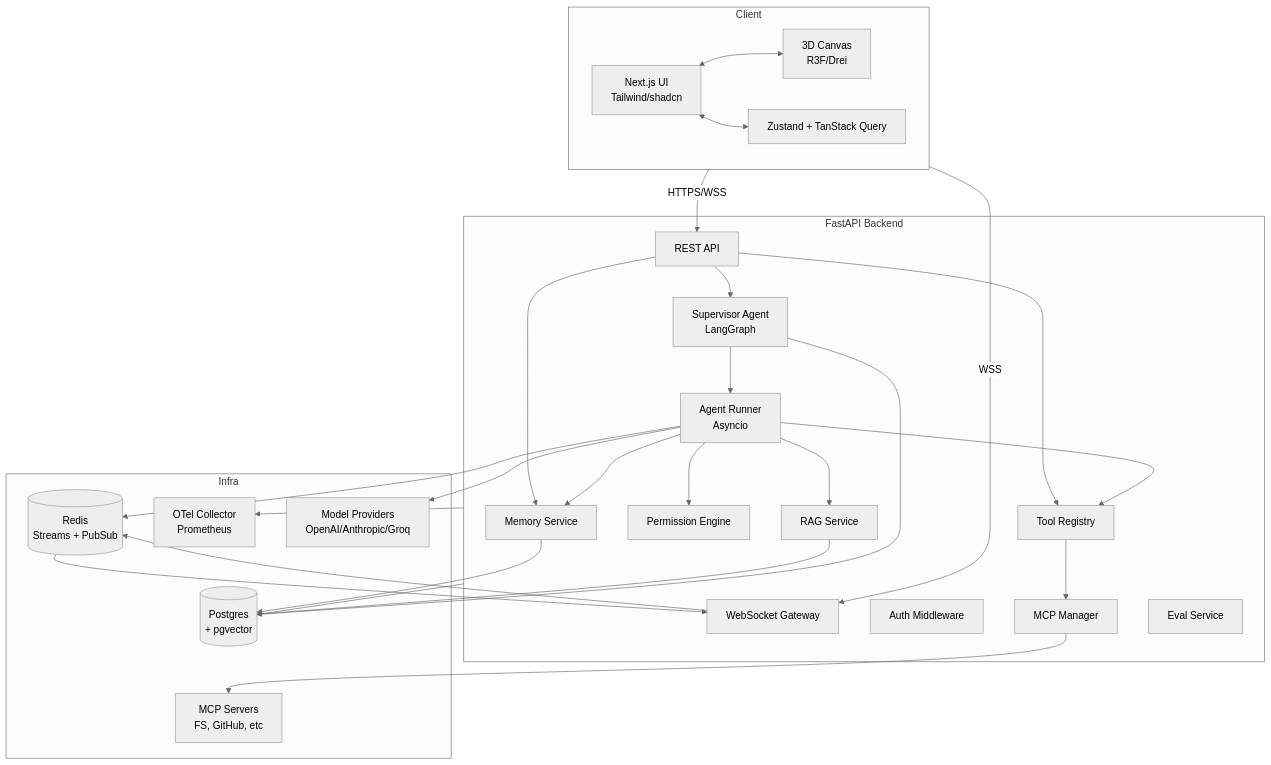
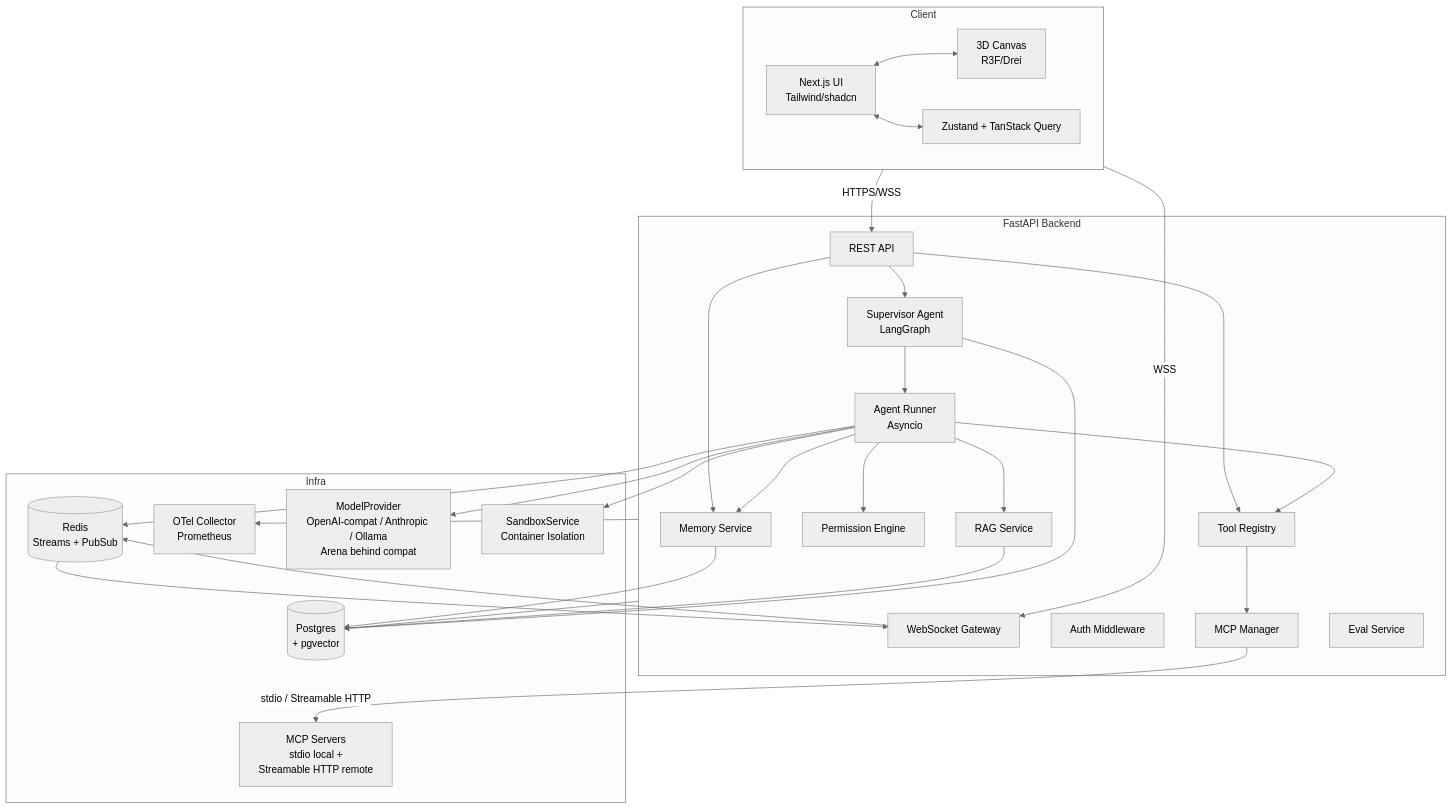
Before and after one commit to revzzricky-arch/nexus-os: the first of 17 diagrams in docs/architecture.md, drawn with Mermaid (neutral theme). The commit also changed other lines of this file and 12 other files, not shown here.

````diff
--- a/docs/architecture.md
+++ b/docs/architecture.md
@@ -235,54 +252,56 @@
 ```mermaid
 graph TB
     subgraph Client
         UI[Next.js UI<br/>Tailwind/shadcn]
         Canvas[3D Canvas<br/>R3F/Drei]
         Store[Zustand + TanStack Query]
         UI <--> Canvas
         UI <--> Store
     end
 
     subgraph Backend[FastAPI Backend]
         REST[REST API]
         WS[WebSocket Gateway]
         Auth[Auth Middleware]
         ToolReg[Tool Registry]
         Perm[Permission Engine]
         MCPMgr[MCP Manager]
         AgentRunner[Agent Runner<br/>Asyncio]
         Supervisor[Supervisor Agent<br/>LangGraph]
         MemSvc[Memory Service]
         RAGSvc[RAG Service]
         EvalSvc[Eval Service]
     end
 
     subgraph Infra
         PG[(Postgres<br/>+ pgvector)]
         Redis[(Redis<br/>Streams + PubSub)]
         OTel[OTel Collector<br/>Prometheus]
-        Models[Model Providers<br/>OpenAI/Anthropic/Groq]
-        MCPServers[MCP Servers<br/>FS, GitHub, etc]
+        Models[ModelProvider<br/>OpenAI-compat / Anthropic / Ollama<br/>Arena behind compat]
+        MCPServers[MCP Servers<br/>stdio local +<br/>Streamable HTTP remote]
+        Sandbox[SandboxService<br/>Container Isolation]
     end
 
     Client -- HTTPS/WSS --> REST
     Client -- WSS --> WS
     REST --> Supervisor
     REST --> ToolReg
     REST --> MemSvc
     WS --> Redis
     Supervisor --> AgentRunner
     AgentRunner --> ToolReg
     AgentRunner --> Perm
     ToolReg --> MCPMgr
-    MCPMgr --> MCPServers
+    MCPMgr -- stdio / Streamable HTTP --> MCPServers
+    AgentRunner --> Sandbox
     AgentRunner --> MemSvc
     AgentRunner --> RAGSvc
     AgentRunner --> Models
     MemSvc --> PG
     RAGSvc --> PG
     Supervisor --> PG
     AgentRunner --> Redis
     Redis --> WS
     Backend --> OTel
     Backend --> PG
 ```
````
